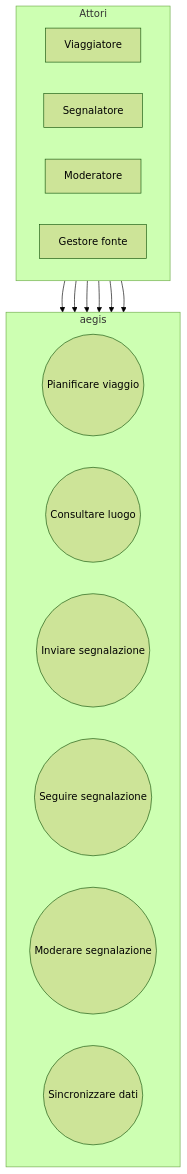
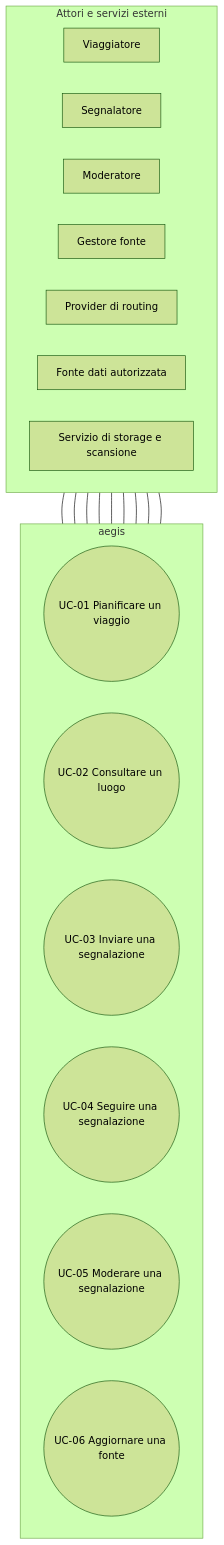
One commit to andreaplini/aegis changed the first of 8 diagrams in docs/RAD.md. Above: the diagram before and after it, drawn with Mermaid (forest theme). The commit also changed other lines of this file and 9 other files, not shown here.

Commit message:
docs: define anti-slop review and verify use case diagram

````diff
--- a/docs/RAD.md
+++ b/docs/RAD.md
@@ -147,26 +147,32 @@
 ```mermaid
 flowchart TB
-  accDescr: Attori esterni collegati ai sei casi d'uso principali.
-  subgraph ACTORS[Attori]
+  accDescr: I sei casi d'uso aegis e le associazioni con persone, provider di routing, fonti e servizi esterni.
+  subgraph ACTORS[Attori e servizi esterni]
     direction LR
     V[Viaggiatore]
     S[Segnalatore]
     M[Moderatore]
     G[Gestore fonte]
+    R[Provider di routing]
+    D[Fonte dati autorizzata]
+    O[Servizio di storage e scansione]
   end
   subgraph SYSTEM[aegis]
     direction LR
-    P((Pianificare viaggio))
-    L((Consultare luogo))
-    R((Inviare segnalazione))
-    T((Seguire segnalazione))
-    Q((Moderare segnalazione))
-    I((Sincronizzare dati))
+    UC01((UC-01 Pianificare un viaggio))
+    UC02((UC-02 Consultare un luogo))
+    UC03((UC-03 Inviare una segnalazione))
+    UC04((UC-04 Seguire una segnalazione))
+    UC05((UC-05 Moderare una segnalazione))
+    UC06((UC-06 Aggiornare una fonte))
   end
-  V --> P
-  V --> L
-  S --> R
-  S --> T
-  M --> Q
-  G --> I
+  V --- UC01
+  R --- UC01
+  V --- UC02
+  S --- UC03
+  O --- UC03
+  S --- UC04
+  M --- UC05
+  G --- UC06
+  D --- UC06
 ```
````
